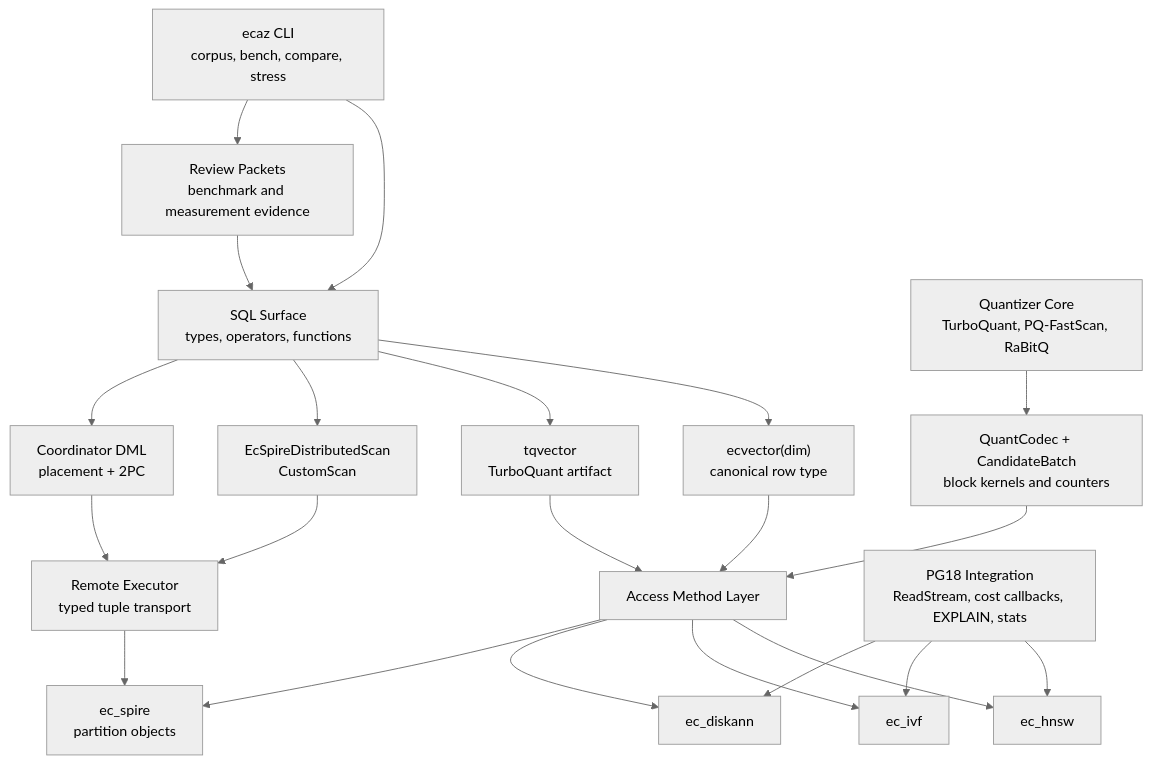
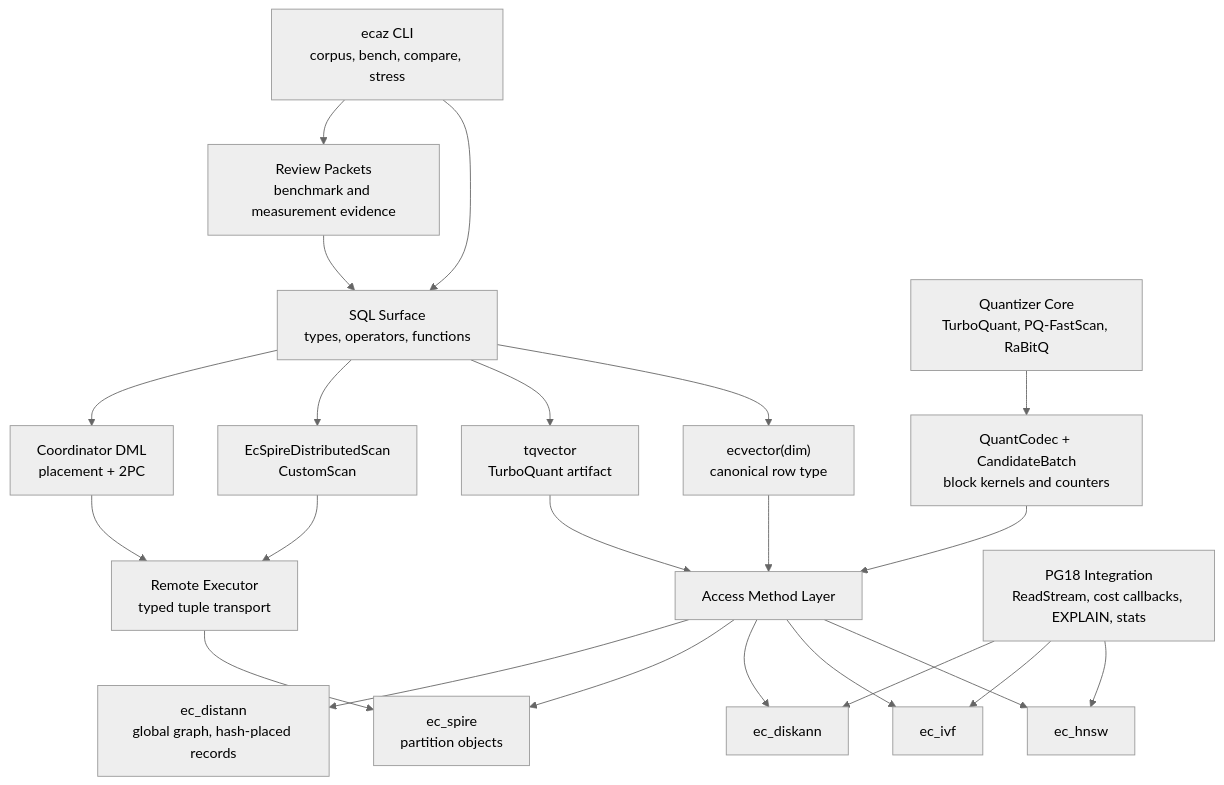
The diagram in spec/spec.md (agent-ix/ecaz), drawn with Mermaid (neutral theme) before and after one commit. The commit also changed other lines of this file and 28 other files, not shown here.

Commit message:
spec(distann): define physical hash-shard generations

````diff
--- a/spec/spec.md
+++ b/spec/spec.md
@@ -153,41 +172,43 @@
 ```mermaid
 graph TD
     SQL["SQL Surface<br/>types, operators, functions"]
     EC["ecvector(dim)<br/>canonical row type"]
     TQ["tqvector<br/>TurboQuant artifact"]
     Q["Quantizer Core<br/>TurboQuant, PQ-FastScan, RaBitQ"]
     QC["QuantCodec + CandidateBatch<br/>block kernels and counters"]
     AM["Access Method Layer"]
     H["ec_hnsw"]
     I["ec_ivf"]
     D["ec_diskann"]
     S["ec_spire<br/>partition objects"]
+    DN["ec_distann<br/>global graph, hash-placed records"]
     CS["EcSpireDistributedScan<br/>CustomScan"]
     RE["Remote Executor<br/>typed tuple transport"]
     DML["Coordinator DML<br/>placement + 2PC"]
     PG18["PG18 Integration<br/>ReadStream, cost callbacks, EXPLAIN, stats"]
     CLI["ecaz CLI<br/>corpus, bench, compare, stress"]
     EVID["Review Packets<br/>benchmark and measurement evidence"]
 
     SQL --> EC
     SQL --> TQ
     EC --> AM
     TQ --> AM
     Q --> QC
     QC --> AM
     AM --> H
     AM --> I
     AM --> D
     AM --> S
+    AM --> DN
     SQL --> CS
     SQL --> DML
     CS --> RE
     RE --> S
     DML --> RE
     PG18 --> H
     PG18 --> I
     PG18 --> D
     CLI --> SQL
     CLI --> EVID
     EVID --> SQL
 ```
````
